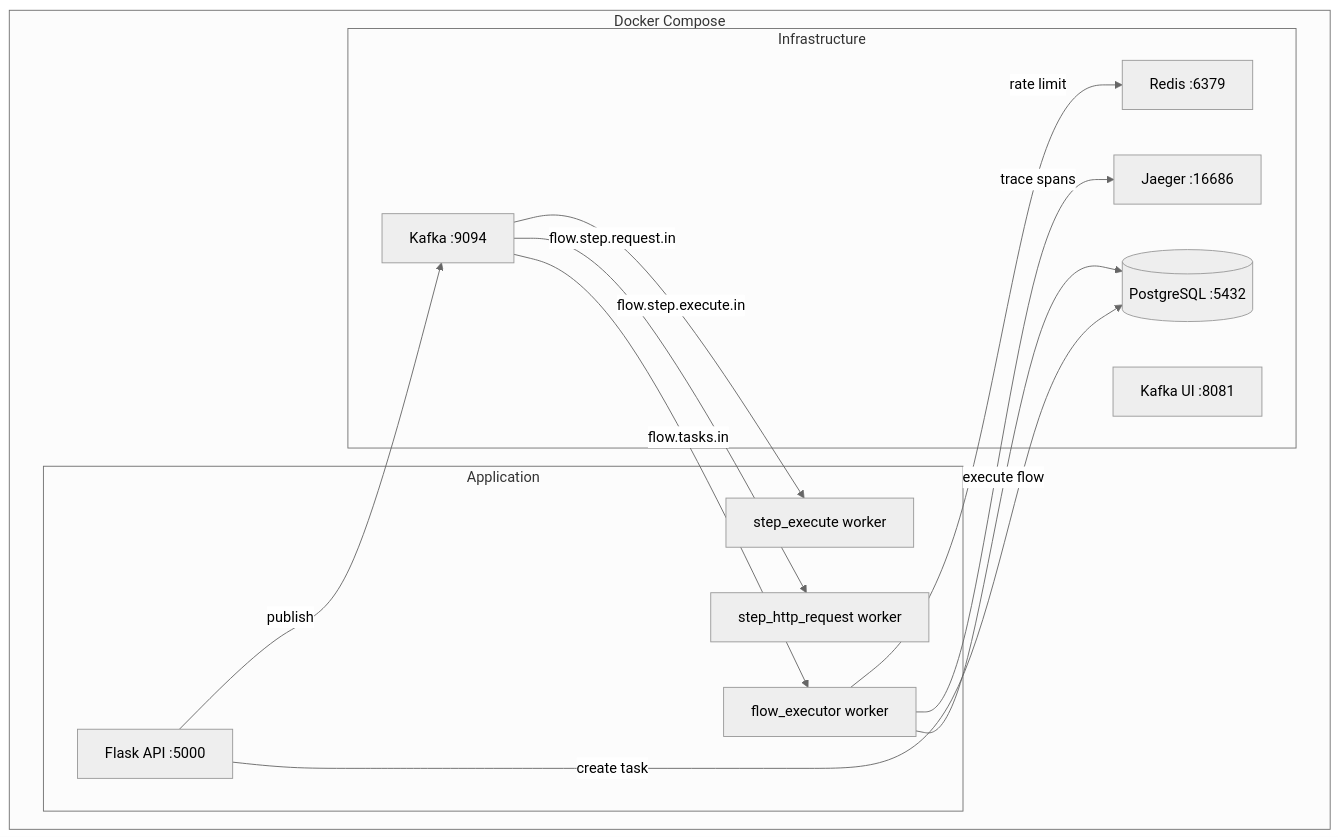
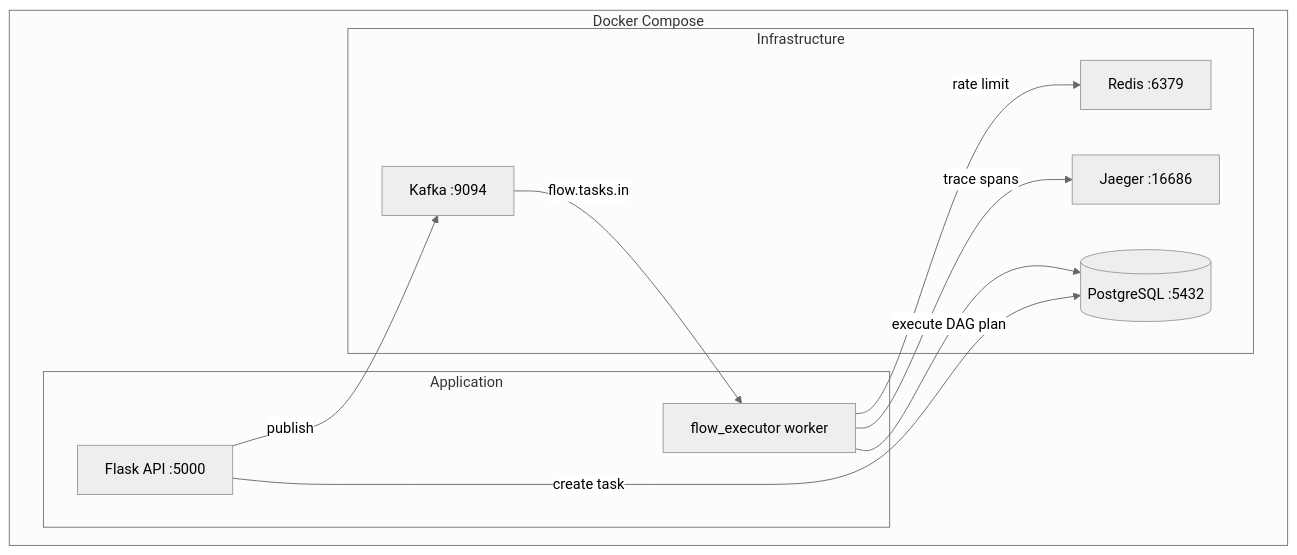
Before and after one commit to bogdancstrike/qflow: the second of 2 diagrams in README.md, drawn with Mermaid (neutral theme). The commit also changed other lines of this file and 64 other files, not shown here.

Commit message:
Remove orchestration, execution, and flow hardcoded definitions from the AI Flow backend.

````diff
--- a/README.md
+++ b/README.md
@@ -79,27 +68,22 @@
 ```mermaid
 graph TB
     subgraph Docker Compose
         subgraph "Application"
             API[Flask API :5000]
             FE[flow_executor worker]
-            SH[step_http_request worker]
-            SE[step_execute worker]
         end
         subgraph "Infrastructure"
             K[Kafka :9094]
             PG[(PostgreSQL :5432)]
             R[Redis :6379]
             J[Jaeger :16686]
-            KUI[Kafka UI :8081]
         end
     end
 
     API -->|create task| PG
     API -->|publish| K
     K -->|flow.tasks.in| FE
-    FE -->|execute flow| PG
+    FE -->|execute DAG plan| PG
     FE -->|trace spans| J
     FE -->|rate limit| R
-    K -->|flow.step.request.in| SH
-    K -->|flow.step.execute.in| SE
 ```
````
